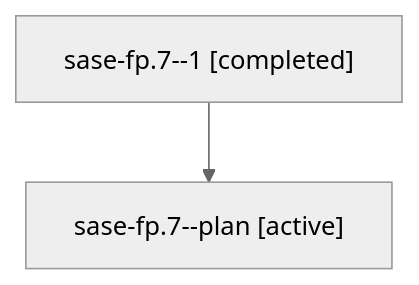
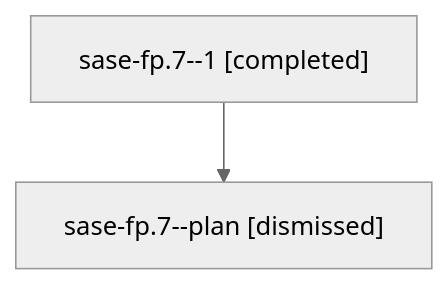
The diagram in sessions/bbugyi200.athena.sase-fp.7.md (sase-org/sase--agents), drawn with Mermaid (neutral theme) before and after one commit. The commit also changed other lines of this file and 116 other files, not shown here.

````diff
--- a/sessions/bbugyi200.athena.sase-fp.7.md
+++ b/sessions/bbugyi200.athena.sase-fp.7.md
@@ -9,6 +9,6 @@
 ```mermaid
 flowchart TD
   n0["sase-fp.7--1 [completed]"]
-  n1["sase-fp.7--plan [active]"]
+  n1["sase-fp.7--plan [dismissed]"]
   n0 --> n1
 ```
````
